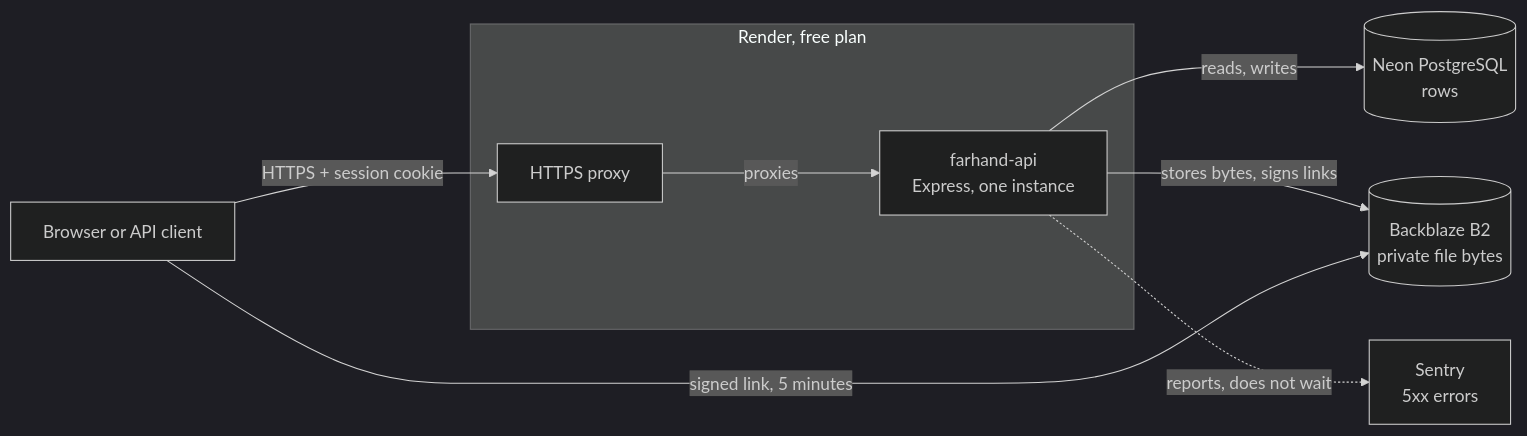
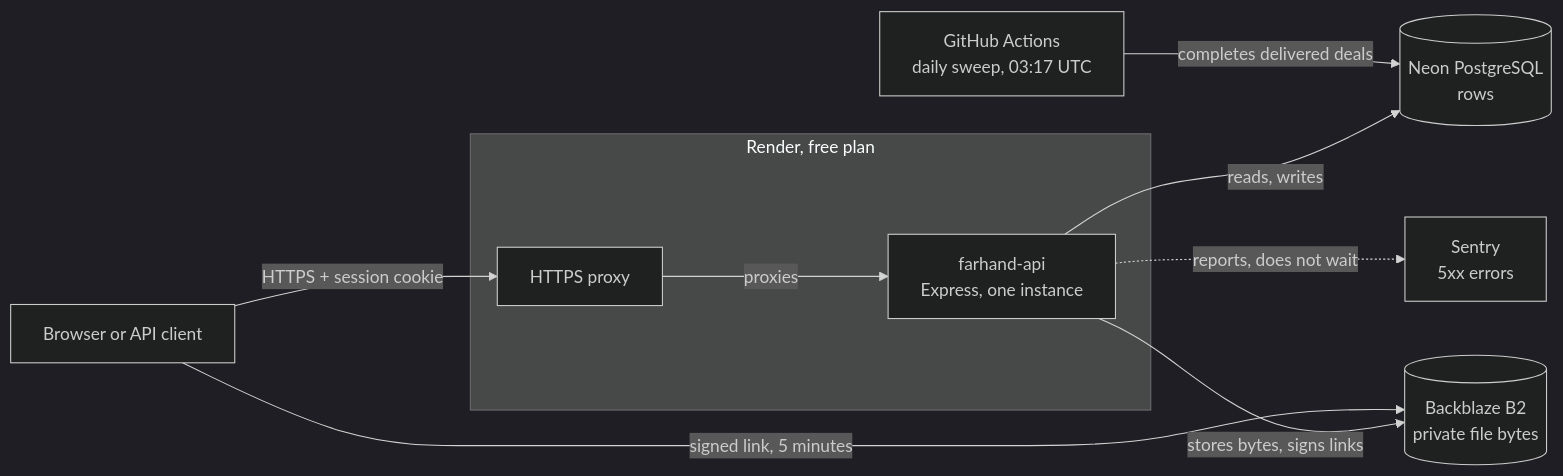
One commit to KseniaMihh/farhand changed the first of 4 diagrams in docs/15-architecture.md. Above: the diagram before and after it, drawn with Mermaid (dark theme). The commit also changed other lines of this file, not shown here.

First line of the commit message:
docs(architecture): why each box exists, and what is missing

````diff
--- a/docs/15-architecture.md
+++ b/docs/15-architecture.md
@@ -15,20 +15,22 @@
 ```mermaid
 flowchart LR
     browser["Browser or API client"]
 
     subgraph render ["Render, free plan"]
         edge["HTTPS proxy"]
         api["farhand-api<br/>Express, one instance"]
     end
 
     neon[("Neon PostgreSQL<br/>rows")]
     b2[("Backblaze B2<br/>private file bytes")]
     sentry["Sentry<br/>5xx errors"]
+    cron["GitHub Actions<br/>daily sweep, 03:17 UTC"]
 
     browser -->|"HTTPS + session cookie"| edge
     edge -->|"proxies"| api
     api -->|"reads, writes"| neon
     api -->|"stores bytes, signs links"| b2
     api -.->|"reports, does not wait"| sentry
     browser -->|"signed link, 5 minutes"| b2
+    cron -->|"completes delivered deals"| neon
 ```
````
